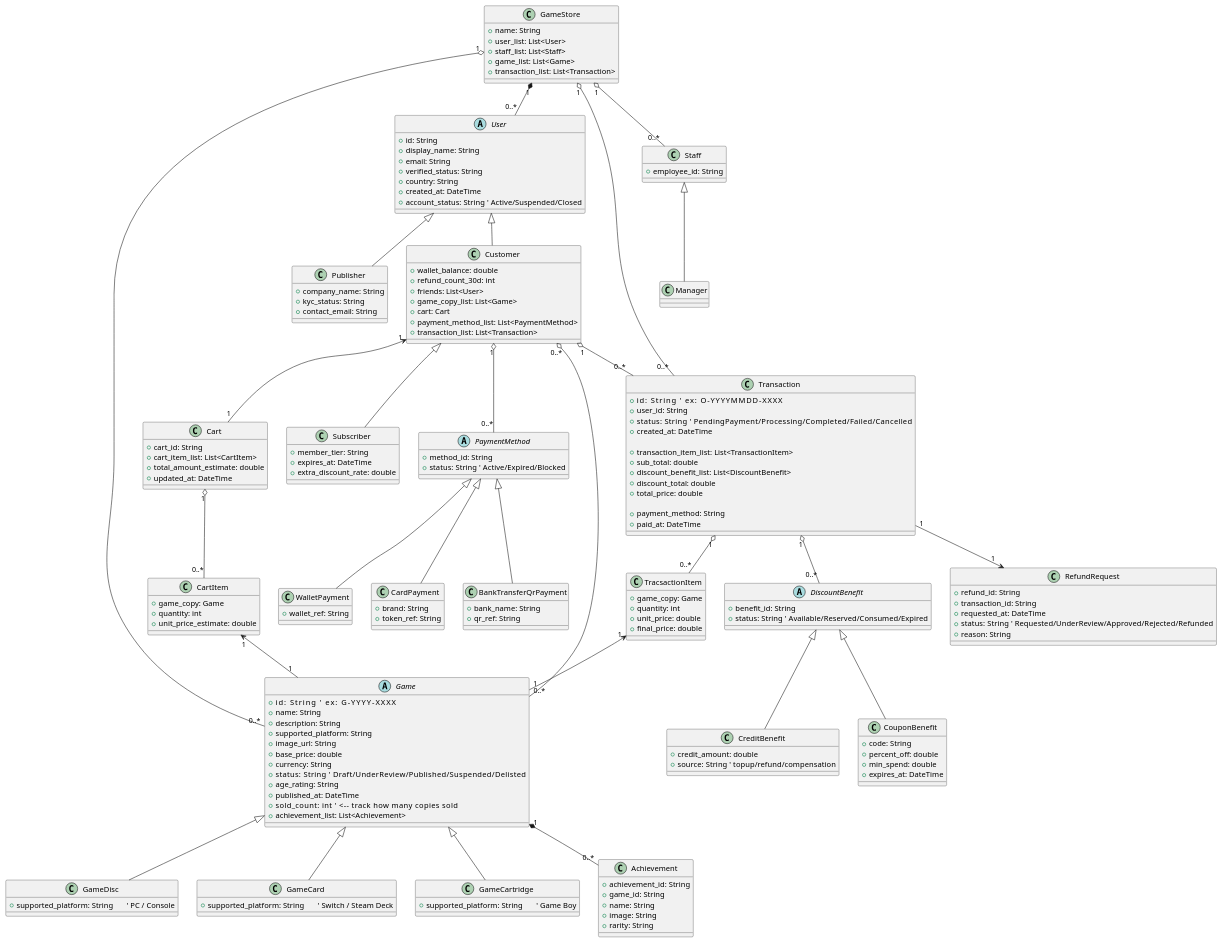
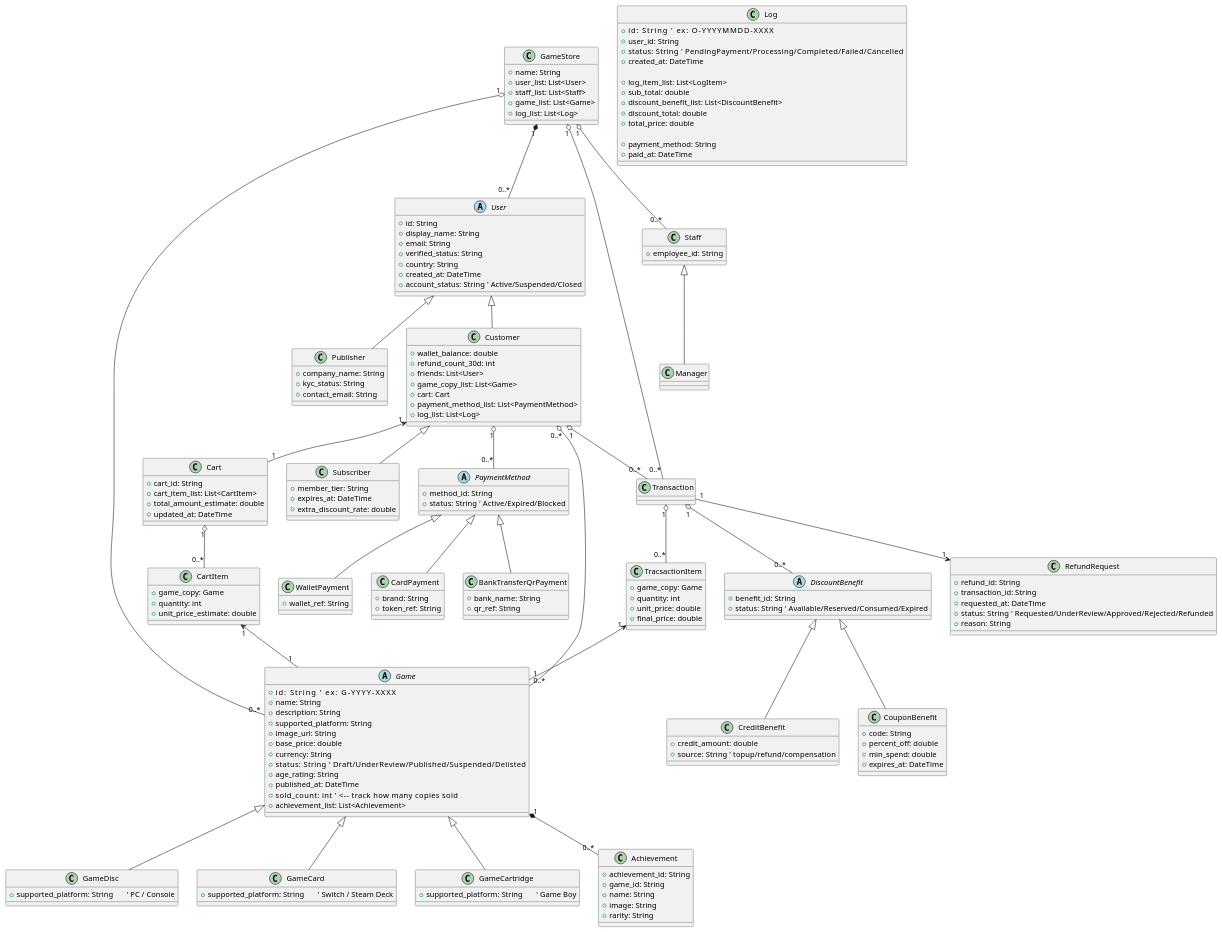
One commit to WaroonRagwongsiri/OOP_Project changed the diagram in ClassDiagram/dragram2 copy.puml. Above: the diagram before and after it, drawn with PlantUML. The commit also changed 8 other files, not shown here.

```diff
--- a/ClassDiagram/dragram2 copy.puml
+++ b/ClassDiagram/dragram2 copy.puml
@@ -8,7 +8,7 @@
 	+user_list: List<User>
 	+staff_list: List<Staff>
 	+game_list: List<Game>
-	+transaction_list: List<Transaction>
+	+log_list: List<Log>
 }
 
 ' =========================
@@ -31,7 +31,7 @@
 	+game_copy_list: List<Game>
 	+cart: Cart
 	+payment_method_list: List<PaymentMethod>
-	+transaction_list: List<Transaction>
+	+log_list: List<Log>
 }
 
 class Subscriber {
@@ -107,15 +107,15 @@
 }
 
 ' =========================
-' Transaction / Order (price snapshot + status table)
+' Log / Order (price snapshot + status table)
 ' =========================
-class Transaction {
+class Log {
 	+id: String              ' ex: O-YYYYMMDD-XXXX
 	+user_id: String
 	+status: String          ' PendingPayment/Processing/Completed/Failed/Cancelled
 	+created_at: DateTime
 
-	+transaction_item_list: List<TransactionItem>
+	+log_item_list: List<LogItem>
 	+sub_total: double
 	+discount_benefit_list: List<DiscountBenefit>
 	+discount_total: double
```
